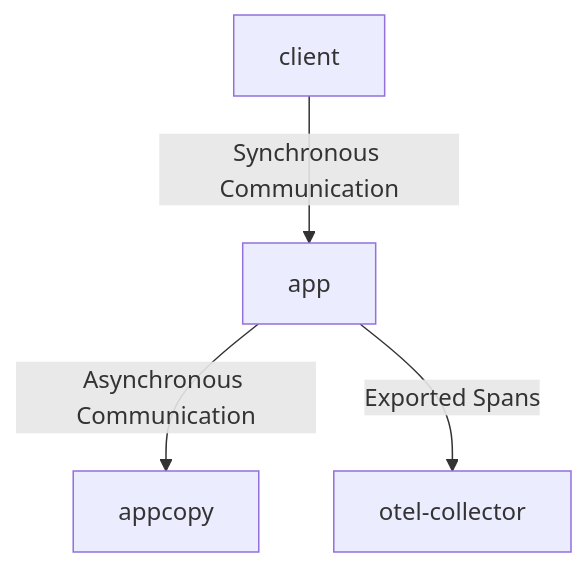
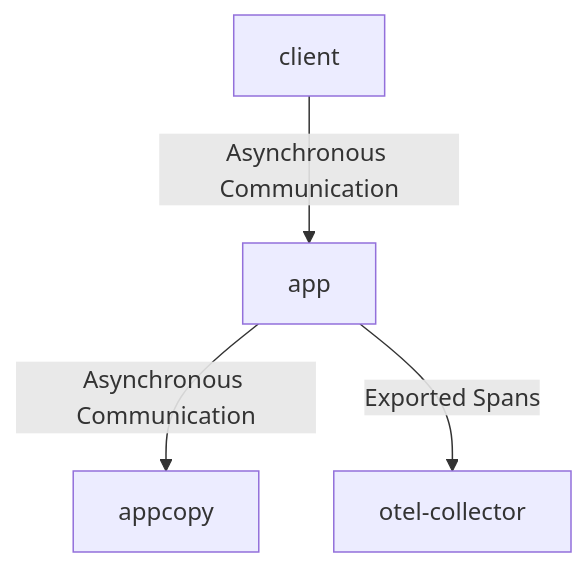
Before and after one commit to ryandens/otel-grpc-context: the diagram in README.md, drawn with Mermaid.

Commit message:
:pencil: fix diagram

````diff
--- a/README.md
+++ b/README.md
@@ -21,6 +21,6 @@
 ```mermaid
 graph TD;
-    client-->|Synchronous Communication|app;
+    client-->|Asynchronous Communication|app;
     app-->|Asynchronous Communication|appcopy;
     app-->|Exported Spans|otel-collector;
 ```
````
